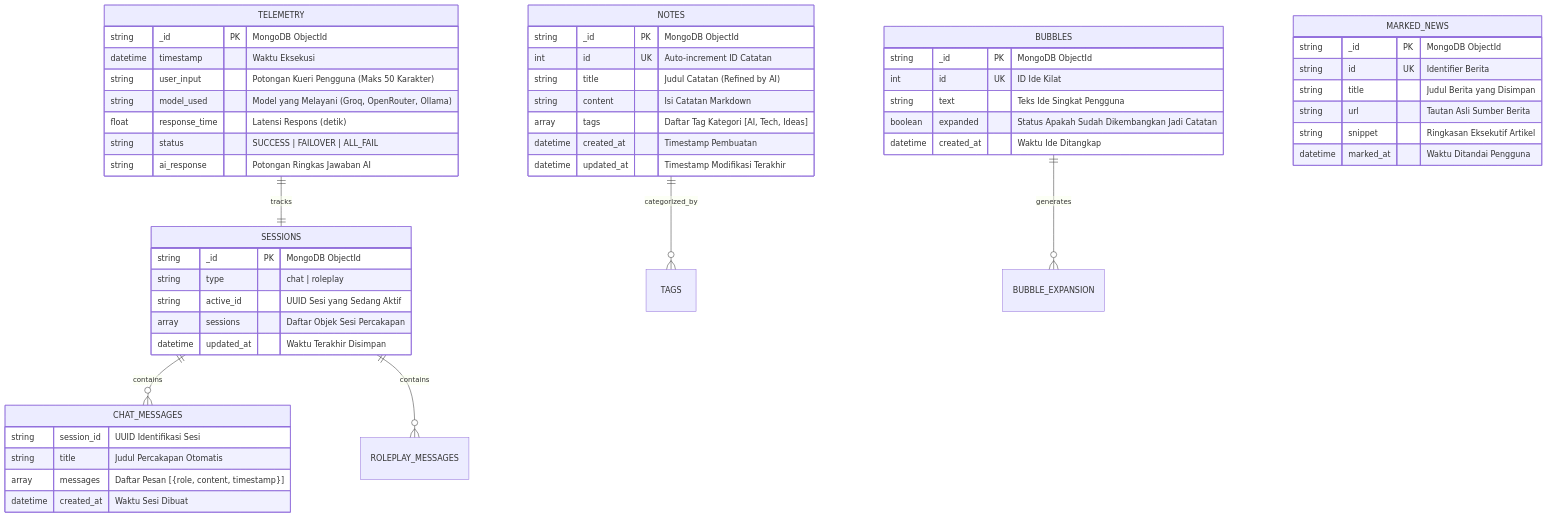
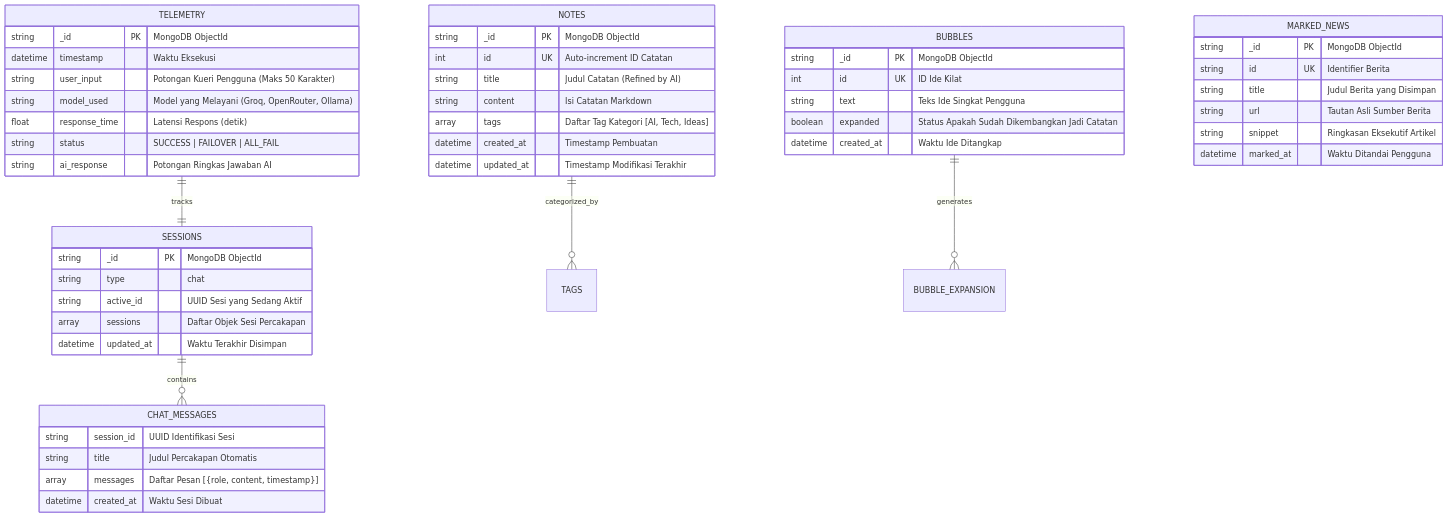
One commit to CidKagenomi1/Project-ATOM changed the third of 3 diagrams in report.md. Above: the diagram before and after it, drawn with Mermaid. The commit also changed other lines of this file and 36 other files, not shown here.

````diff
--- a/report.md
+++ b/report.md
@@ -224,60 +224,59 @@
 ```mermaid
 erDiagram
     SESSIONS ||--o{ CHAT_MESSAGES : contains
-    SESSIONS ||--o{ ROLEPLAY_MESSAGES : contains
     NOTES ||--o{ TAGS : categorized_by
     BUBBLES ||--o{ BUBBLE_EXPANSION : generates
     TELEMETRY ||--|| SESSIONS : tracks
 
     SESSIONS {
         string _id PK "MongoDB ObjectId"
-        string type "chat | roleplay"
+        string type "chat"
         string active_id "UUID Sesi yang Sedang Aktif"
         array sessions "Daftar Objek Sesi Percakapan"
         datetime updated_at "Waktu Terakhir Disimpan"
     }
 
     CHAT_MESSAGES {
         string session_id "UUID Identifikasi Sesi"
         string title "Judul Percakapan Otomatis"
         array messages "Daftar Pesan [{role, content, timestamp}]"
         datetime created_at "Waktu Sesi Dibuat"
     }
 
     NOTES {
         string _id PK "MongoDB ObjectId"
         int id UK "Auto-increment ID Catatan"
         string title "Judul Catatan (Refined by AI)"
         string content "Isi Catatan Markdown"
         array tags "Daftar Tag Kategori [AI, Tech, Ideas]"
         datetime created_at "Timestamp Pembuatan"
         datetime updated_at "Timestamp Modifikasi Terakhir"
     }
 
     BUBBLES {
         string _id PK "MongoDB ObjectId"
         int id UK "ID Ide Kilat"
         string text "Teks Ide Singkat Pengguna"
         boolean expanded "Status Apakah Sudah Dikembangkan Jadi Catatan"
         datetime created_at "Waktu Ide Ditangkap"
     }
 
     TELEMETRY {
         string _id PK "MongoDB ObjectId"
         datetime timestamp "Waktu Eksekusi"
         string user_input "Potongan Kueri Pengguna (Maks 50 Karakter)"
         string model_used "Model yang Melayani (Groq, OpenRouter, Ollama)"
         float response_time "Latensi Respons (detik)"
         string status "SUCCESS | FAILOVER | ALL_FAIL"
         string ai_response "Potongan Ringkas Jawaban AI"
     }
 
     MARKED_NEWS {
         string _id PK "MongoDB ObjectId"
         string id UK "Identifier Berita"
         string title "Judul Berita yang Disimpan"
         string url "Tautan Asli Sumber Berita"
         string snippet "Ringkasan Eksekutif Artikel"
         datetime marked_at "Waktu Ditandai Pengguna"
     }
 ```
````
